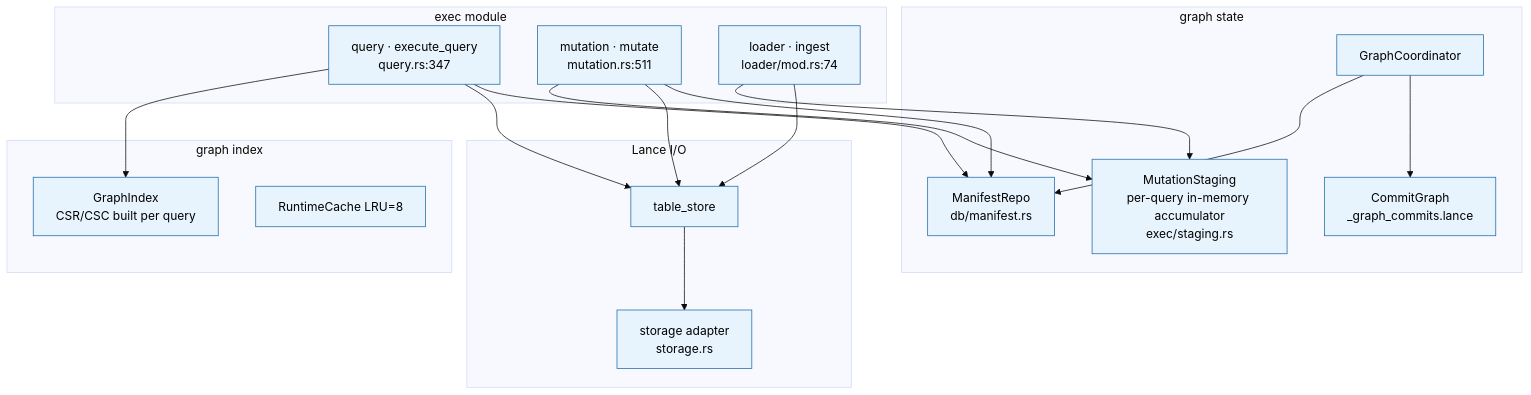
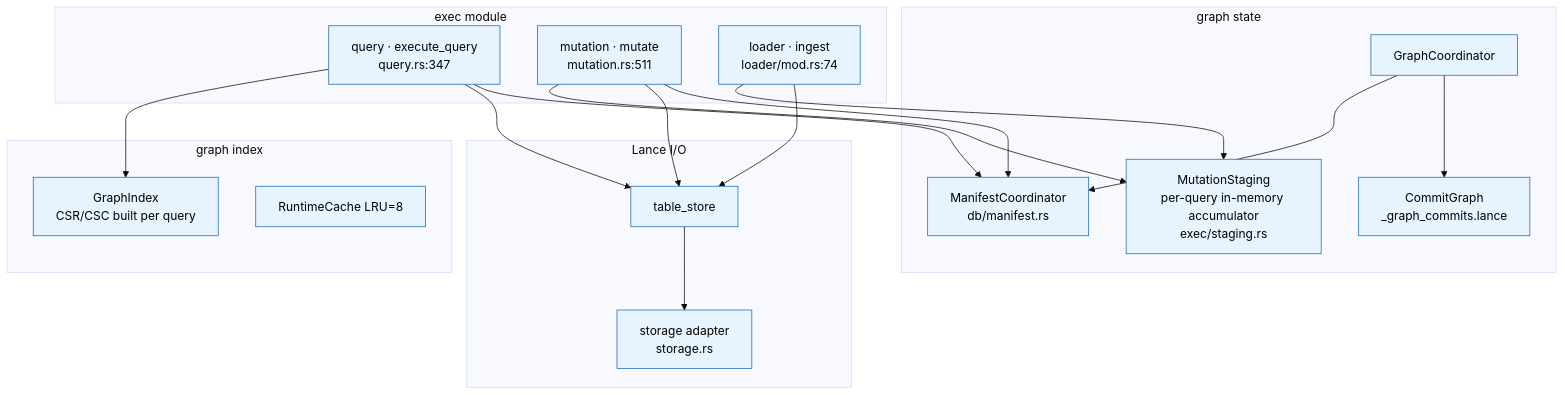
Before and after one commit to ModernRelay/omnigraph: the fourth of 7 diagrams in docs/dev/architecture.md, drawn with Mermaid (base theme). The commit also changed other lines of this file and 62 other files, not shown here.

Commit message:
Rename repo terminology to graph

````diff
--- a/docs/dev/architecture.md
+++ b/docs/dev/architecture.md
@@ -123,39 +123,39 @@
 ```mermaid
 flowchart TB
     classDef l2 fill:#e8f4fd,stroke:#1e6aa8,color:#000
 
     subgraph exec[exec module]
         eq[query · execute_query<br/>query.rs:347]:::l2
         em[mutation · mutate<br/>mutation.rs:511]:::l2
         ld[loader · ingest<br/>loader/mod.rs:74]:::l2
     end
 
     subgraph state[graph state]
         coord[GraphCoordinator]:::l2
-        mr[ManifestRepo<br/>db/manifest.rs]:::l2
+        mr[ManifestCoordinator<br/>db/manifest.rs]:::l2
         cg[CommitGraph<br/>_graph_commits.lance]:::l2
         stg[MutationStaging<br/>per-query in-memory accumulator<br/>exec/staging.rs]:::l2
     end
 
     subgraph idx[graph index]
         gi[GraphIndex<br/>CSR/CSC built per query]:::l2
         rc[RuntimeCache LRU=8]:::l2
     end
 
     subgraph io[Lance I/O]
         ts[table_store]:::l2
         st[storage adapter<br/>storage.rs]:::l2
     end
 
     eq --> gi
     eq --> ts
     em --> stg
     em --> ts
     ld --> stg
     ld --> ts
     eq --> mr
     em --> mr
     coord --> mr
     coord --> cg
     ts --> st
 ```
````
